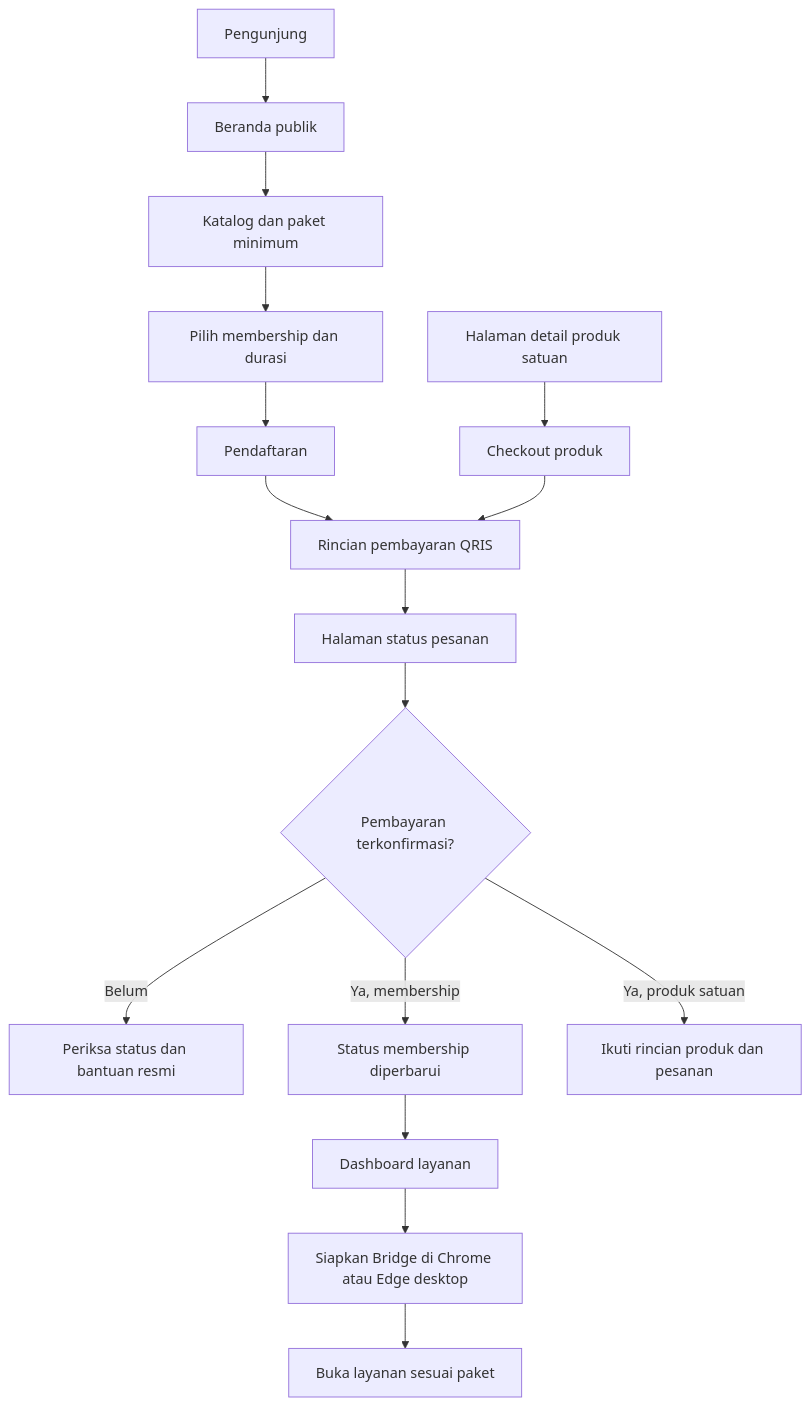
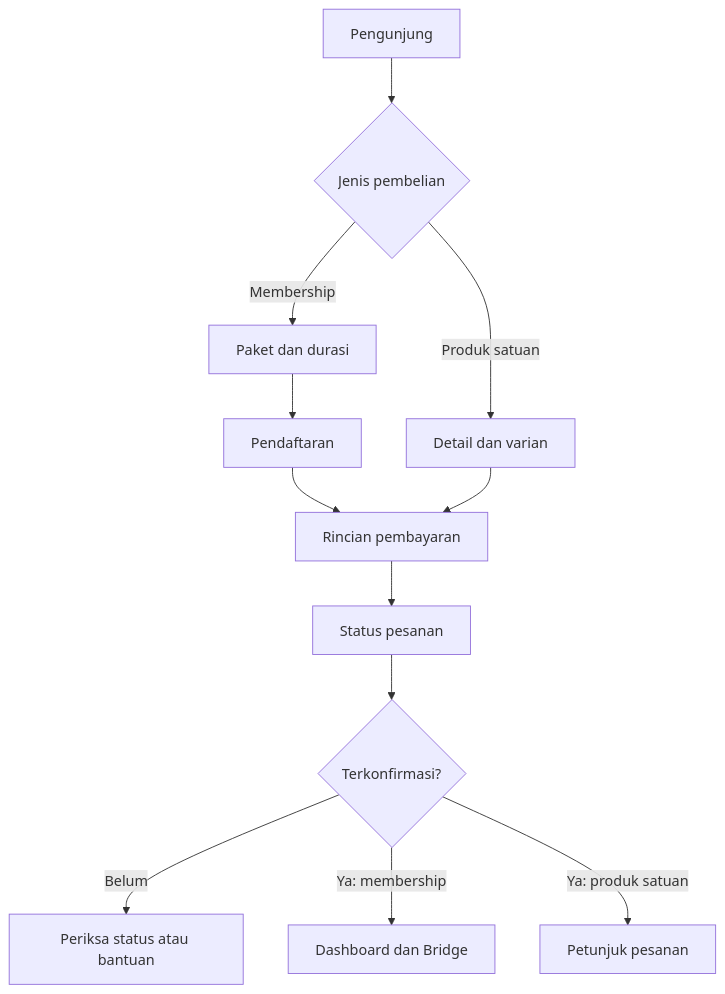
The diagram in README.md (iqbalnett/flowstore-showcase), drawn with Mermaid before and after one commit. The commit also changed other lines of this file, not shown here.

Commit message:
Expand FlowStore buyer scenarios, access states and product boundaries

````diff
--- a/README.md
+++ b/README.md
@@ -56,18 +168,14 @@
 ```mermaid
 flowchart TD
-    A[Pengunjung] --> B[Beranda publik]
-    B --> C[Katalog dan paket minimum]
-    C --> D[Pilih membership dan durasi]
-    D --> E[Pendaftaran]
-    E --> F[Rincian pembayaran QRIS]
-    G[Halaman detail produk satuan] --> H[Checkout produk]
-    H --> F
-    F --> I[Halaman status pesanan]
-    I --> J{Pembayaran terkonfirmasi?}
-    J -->|Belum| K[Periksa status dan bantuan resmi]
-    J -->|Ya, membership| L[Status membership diperbarui]
-    J -->|Ya, produk satuan| M[Ikuti rincian produk dan pesanan]
-    L --> N[Dashboard layanan]
-    N --> O[Siapkan Bridge di Chrome atau Edge desktop]
-    O --> P[Buka layanan sesuai paket]
+    A[Pengunjung] --> B{Jenis pembelian}
+    B -->|Membership| C[Paket dan durasi]
+    C --> D[Pendaftaran]
+    B -->|Produk satuan| E[Detail dan varian]
+    D --> F[Rincian pembayaran]
+    E --> F
+    F --> G[Status pesanan]
+    G --> H{Terkonfirmasi?}
+    H -->|Belum| I[Periksa status atau bantuan]
+    H -->|Ya: membership| J[Dashboard dan Bridge]
+    H -->|Ya: produk satuan| K[Petunjuk pesanan]
 ```
````
